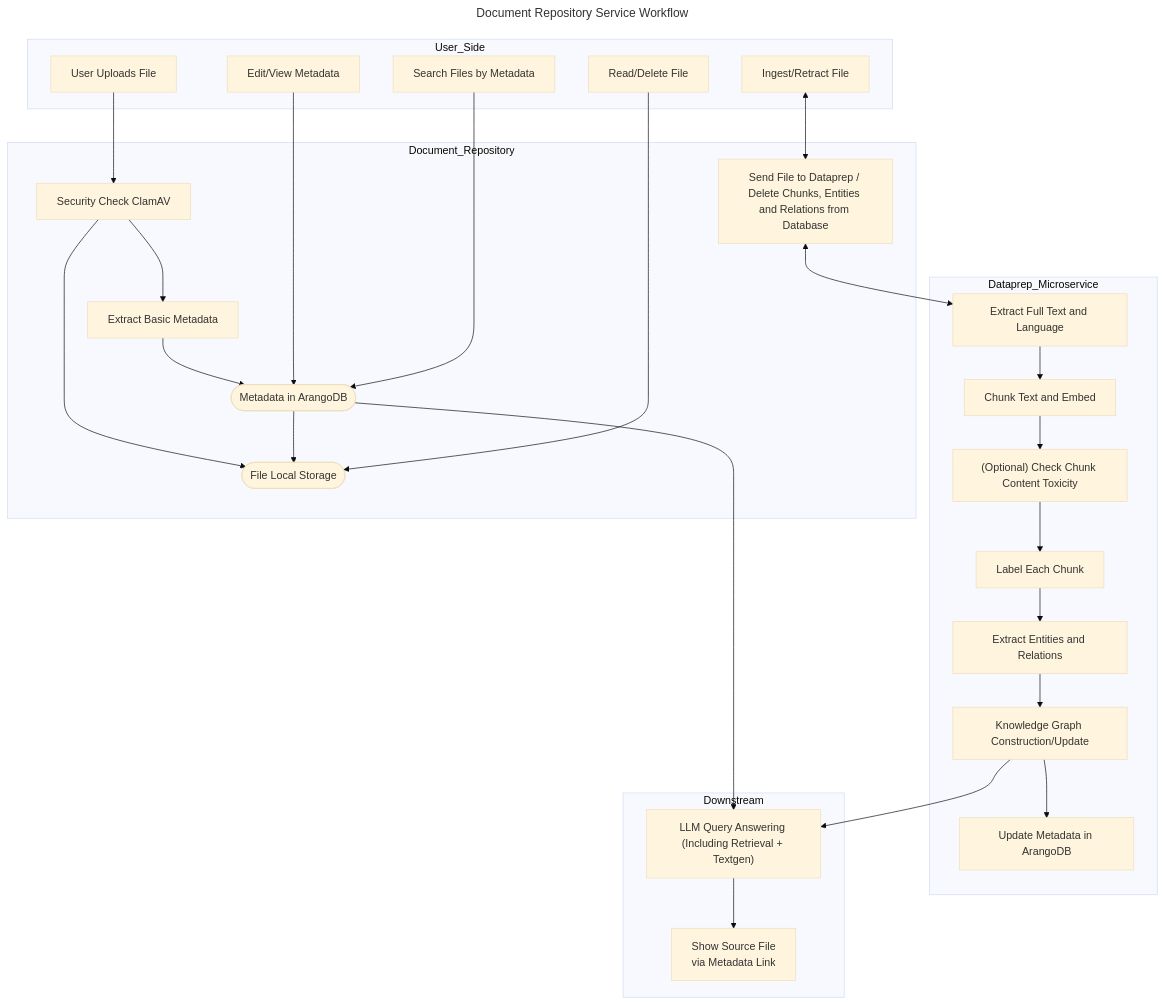
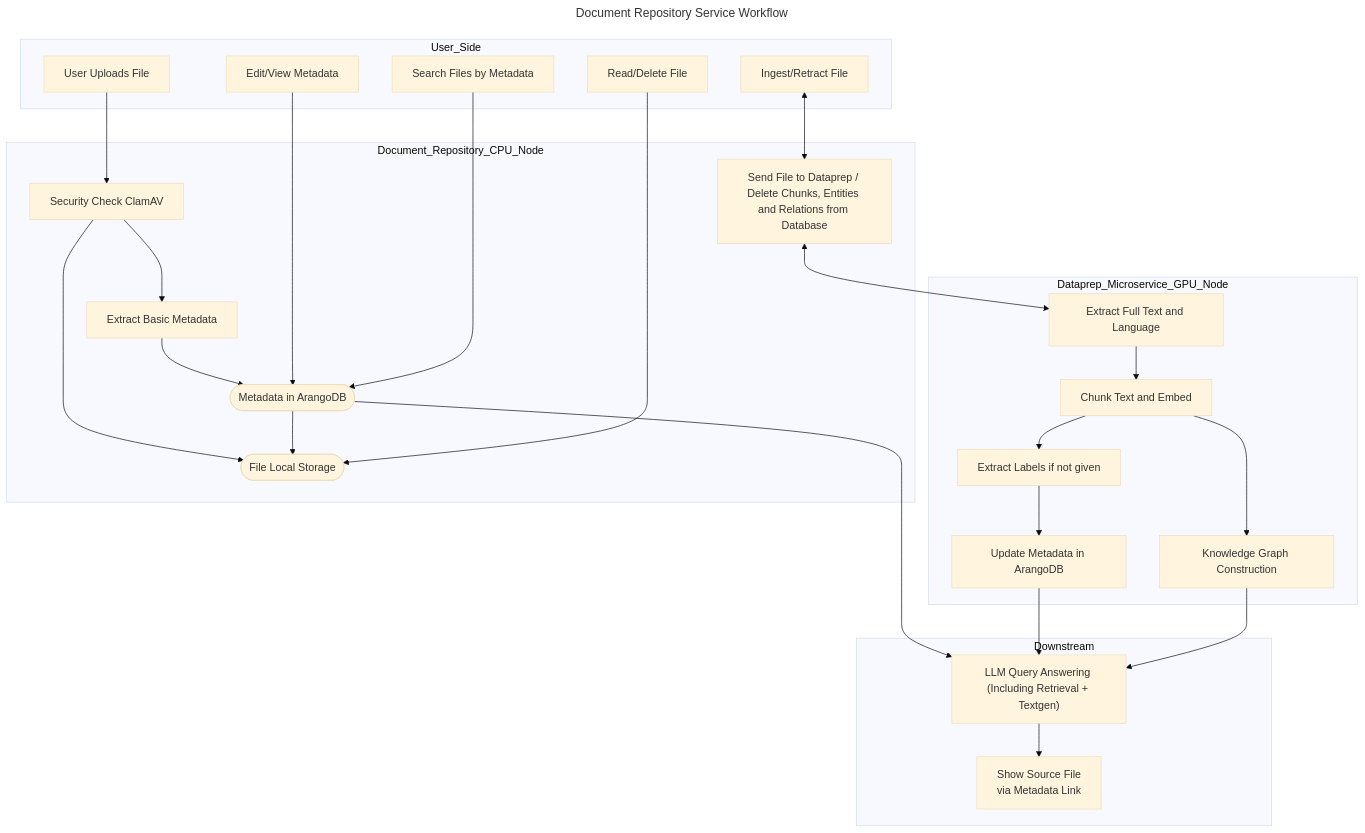
The second of 2 diagrams in components/document-repository/README.md (jrevillard/genie-ai-replica), drawn with Mermaid before and after one commit. The commit also changed other lines of this file and 27 other files, not shown here.

````diff
--- a/components/document-repository/README.md
+++ b/components/document-repository/README.md
@@ -33,53 +33,50 @@
 ```mermaid
 ---
 config:
   layout: dagre,
   theme: base
 title: Document Repository Service Workflow
 ---
 flowchart TD
-subgraph User_Side["User_Side"]
+ subgraph User_Side["User_Side"]
         A["User Uploads File"]
         B["Edit/View Metadata"]
         C["Search Files by Metadata"]
         D["Ingest/Retract File"]
         P["Read/Delete File"]
   end
-subgraph Document_Repository_CPU_Node["Document_Repository"]
+ subgraph Document_Repository_CPU_Node["Document_Repository_CPU_Node"]
         E["Security Check ClamAV"]
         O(["File Local Storage"])
         F["Extract Basic Metadata"]
         G(["Metadata in ArangoDB"])
         H["Send File to Dataprep / Delete Chunks, Entities and Relations from Database"]
   end
-subgraph Dataprep_Microservice_GPU_Node["Dataprep_Microservice"]
+ subgraph Dataprep_Microservice_GPU_Node["Dataprep_Microservice_GPU_Node"]
         I["Extract Full Text and Language"]
         J["Chunk Text and Embed"]
-        X["(Optional) Check Chunk Content Toxicity"]
-        Y["Label Each Chunk"]
-        Z["Extract Entities and Relations"]
+        K["Extract Labels if not given"]
         L["Update Metadata in ArangoDB"]
-        Q["Knowledge Graph Construction/Update"]
+        Q["Knowledge Graph Construction"]
   end
-subgraph Downstream["Downstream"]
+ subgraph Downstream["Downstream"]
         N["Show Source File\nvia Metadata Link"]
         M["LLM Query Answering (Including Retrieval + Textgen)"]
   end
     A --> E
     E --> O & F
     F --> G
     B --> G
     C --> G
     G --> O & M
     D <--> H
     H <--> I
     I --> J
+    J --> K
+    K --> L
     M --> N
+    L --> M
     P --> O
+    J --> Q
     Q --> M
-    J --> X
-    X --> Y
-    Y --> Z
-    Z --> Q
-    Q --> L
 ```
````
